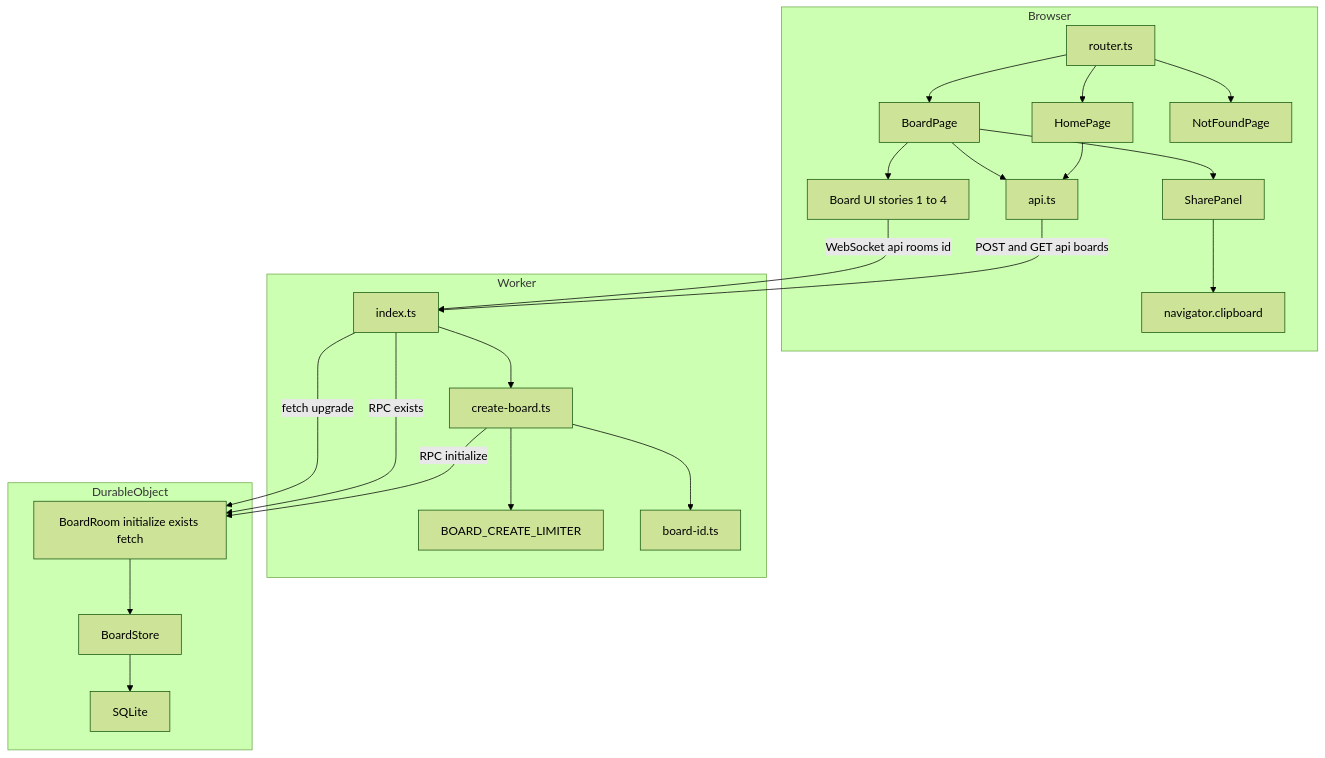
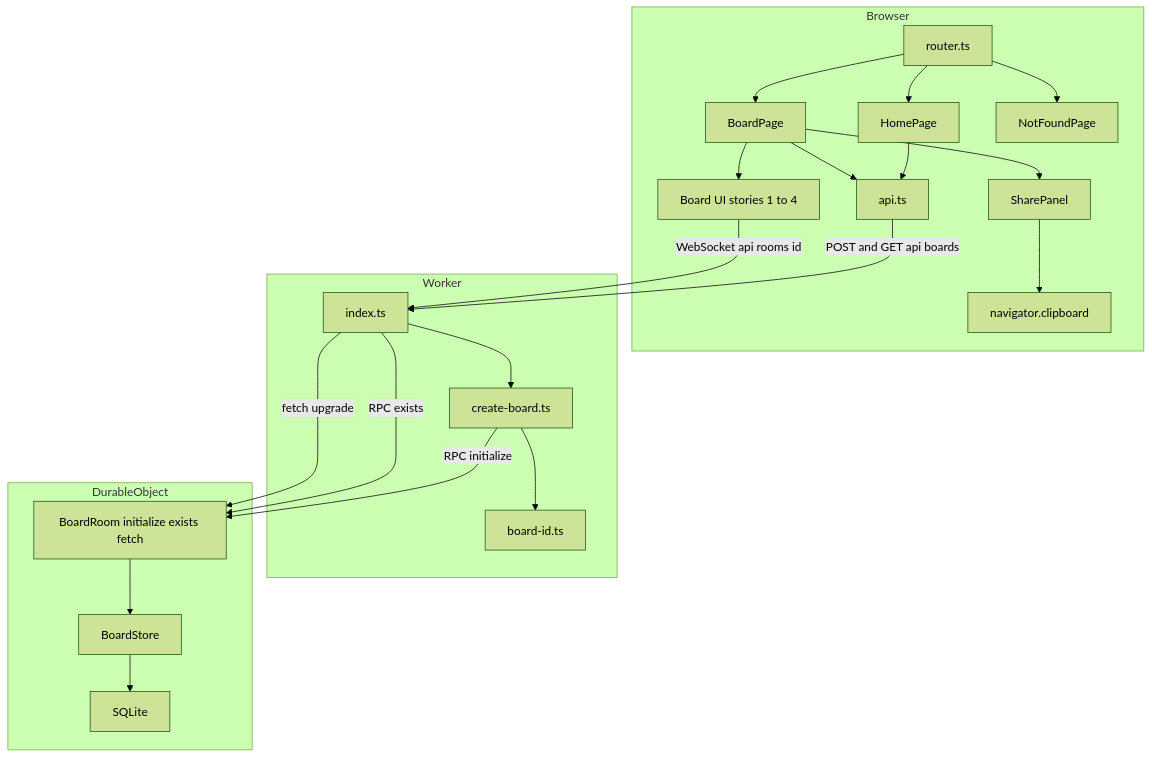
Before and after one commit to boxabirds/awesome-local-ai: the first of 8 diagrams in benchmarks/vidi/spec/stories/005-share-a-board-with-others-using-a-link/design.md, drawn with Mermaid (forest theme). The commit also changed other lines of this file and 12 other files, not shown here.

````diff
--- a/benchmarks/vidi/spec/stories/005-share-a-board-with-others-using-a-link/design.md
+++ b/benchmarks/vidi/spec/stories/005-share-a-board-with-others-using-a-link/design.md
@@ -51,27 +49,26 @@
 ```mermaid
 flowchart TD
     subgraph Browser
         Router[router.ts] --> Home[HomePage]
         Router --> BoardPage[BoardPage]
         Router --> NotFound[NotFoundPage]
         Home --> Api[api.ts]
         BoardPage --> Api
         BoardPage --> BoardUI[Board UI stories 1 to 4]
         BoardPage --> Share[SharePanel]
         Share --> Clipboard[navigator.clipboard]
     end
     subgraph Worker
         Entry[index.ts] --> Create[create-board.ts]
-        Create --> Limiter[BOARD_CREATE_LIMITER]
         Create --> Ids[board-id.ts]
     end
     subgraph DurableObject
         Room[BoardRoom initialize exists fetch] --> Store[BoardStore]
         Store --> SQL[SQLite]
     end
     Api -->|POST and GET api boards| Entry
     BoardUI -->|WebSocket api rooms id| Entry
     Create -->|RPC initialize| Room
     Entry -->|RPC exists| Room
     Entry -->|fetch upgrade| Room
 ```
````
